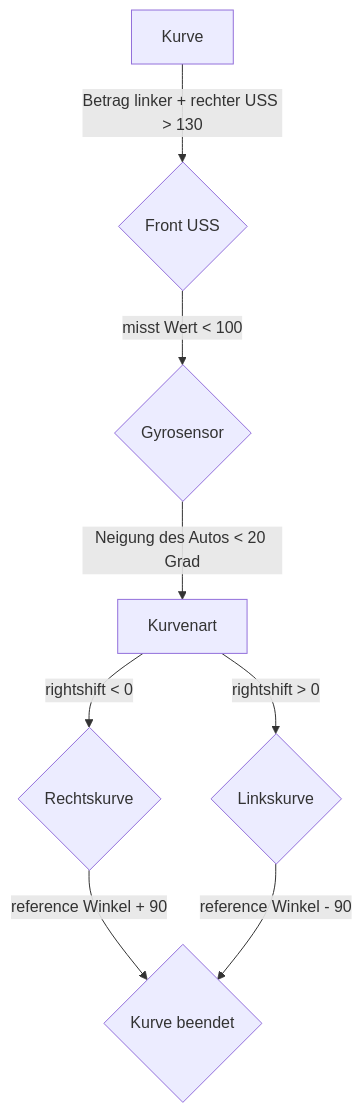
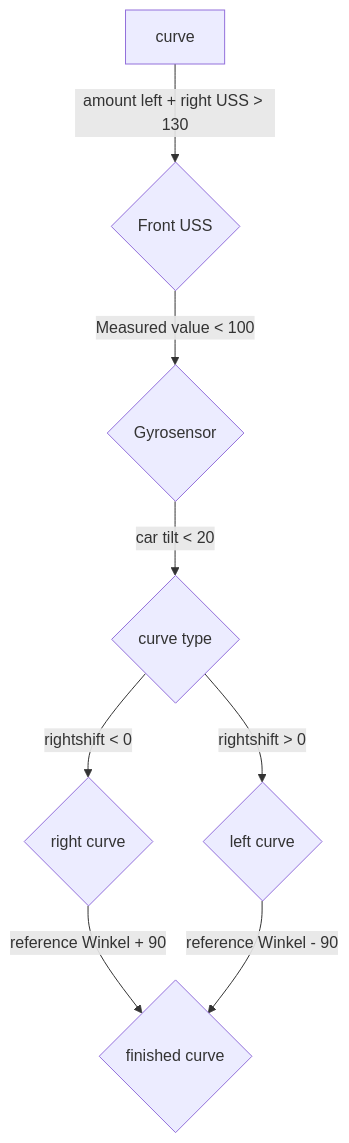
One commit to SchroedingersBit/PfortGTPanama changed the second of 2 diagrams in programming/OpenChallenge/README.md. Above: the diagram before and after it, drawn with Mermaid.

````diff
--- a/programming/OpenChallenge/README.md
+++ b/programming/OpenChallenge/README.md
@@ -24,11 +24,11 @@
 ```mermaid
 flowchart TB;
-Kurve --> |Betrag linker + rechter USS > 130| F{Front USS};
-F --> |misst Wert < 100| G{Gyrosensor};
-G --> |Neigung des Autos < 20 Grad|Kurvenart;
-Kurvenart --> |rightshift < 0| R{Rechtskurve};
-R --> |reference Winkel + 90 |K{Kurve beendet};
-Kurvenart --> |rightshift > 0| L{Linkskurve};
+curve --> |amount left + right USS > 130| F{Front USS};
+F --> |Measured value < 100| G{Gyrosensor};
+G --> |car tilt < 20 |C{curve type};
+C --> |rightshift < 0| R{right curve};
+R --> |reference Winkel + 90 |K{finished curve};
+C --> |rightshift > 0| L{left curve};
 L --> |reference Winkel - 90 |K;
 
 ```
````
